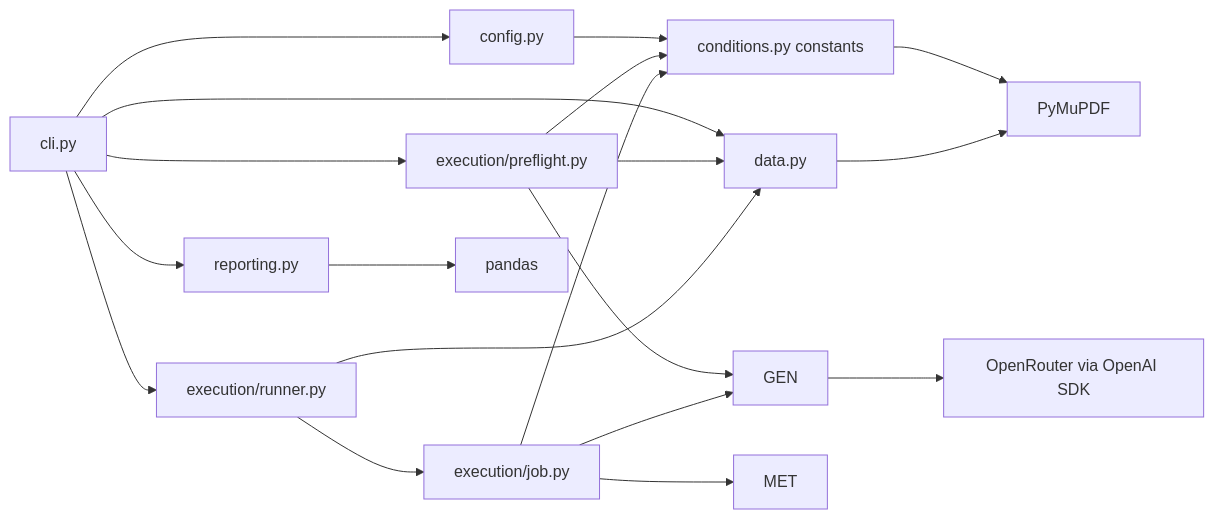
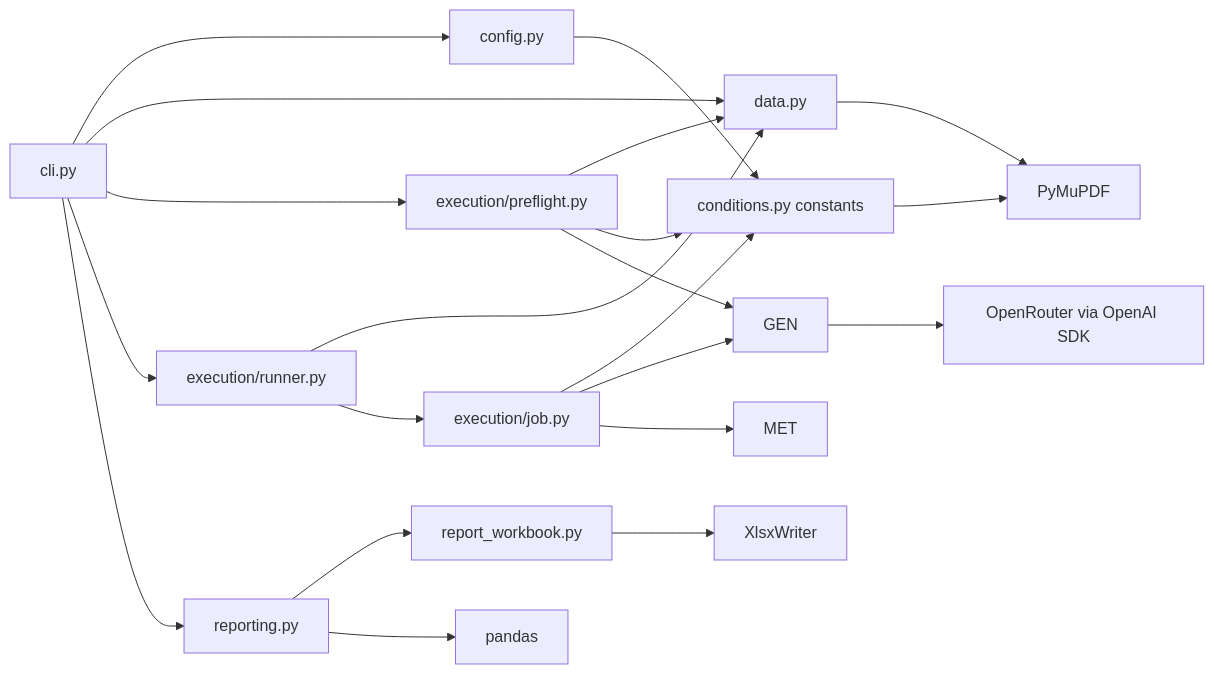
The second of 10 diagrams in docs sys design/benchmark/FinanceBench Implementation Guide.md (14zhasim/Agentic_RAG), drawn with Mermaid before and after one commit. The commit also changed other lines of this file and 9 other files, not shown here.

````diff
--- a/docs sys design/benchmark/FinanceBench Implementation Guide.md
+++ b/docs sys design/benchmark/FinanceBench Implementation Guide.md
@@ -177,21 +179,23 @@
 ```mermaid
 flowchart LR
     CLI[cli.py] --> CONFIG[config.py]
     CLI[cli.py] --> DATA[data.py]
     CLI --> PREFLIGHT[execution/preflight.py]
     CLI --> RUN[execution/runner.py]
     CLI --> REPORT[reporting.py]
+    REPORT --> BOOK[report_workbook.py]
     CONFIG --> COND[conditions.py constants]
     PREFLIGHT --> DATA
     PREFLIGHT --> COND
     PREFLIGHT --> GEN
     RUN --> DATA
     RUN --> JOB[execution/job.py]
     JOB --> COND
     JOB --> GEN
     JOB --> MET
     COND --> PDF[PyMuPDF]
     DATA --> PDF
     GEN --> OR[OpenRouter via OpenAI SDK]
     REPORT --> PD[pandas]
+    BOOK --> XLSX[XlsxWriter]
 ```
````
